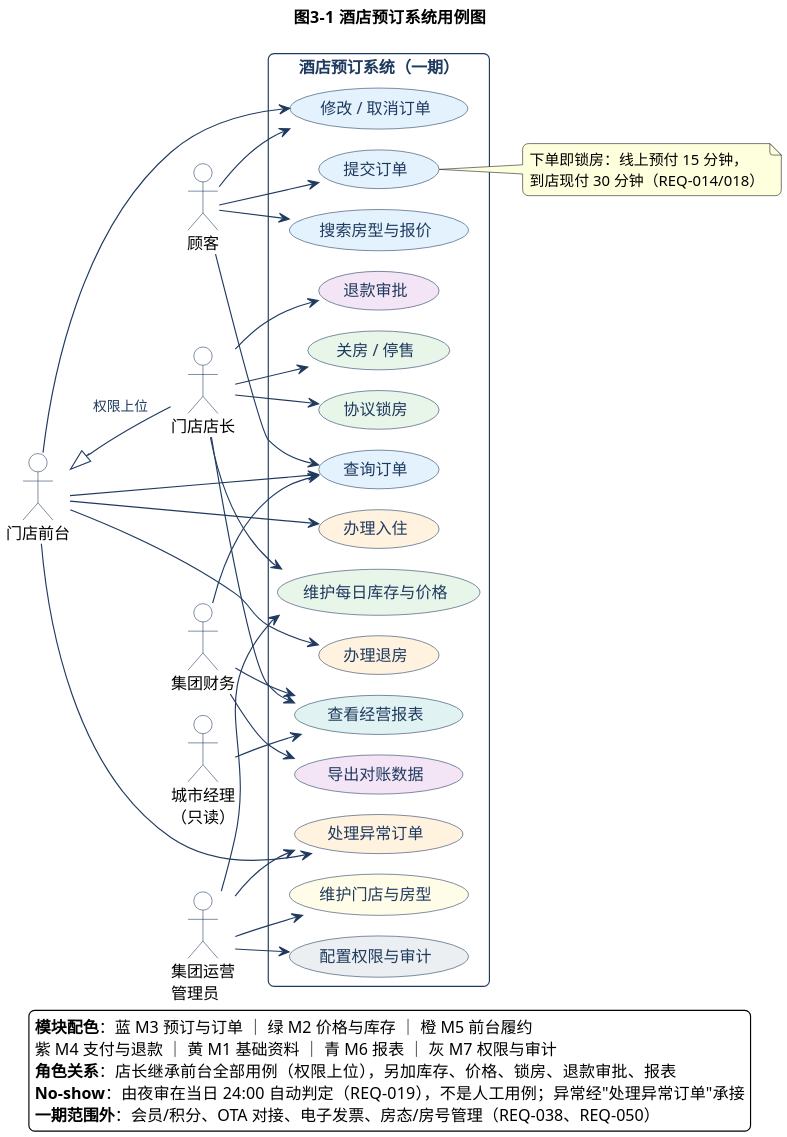
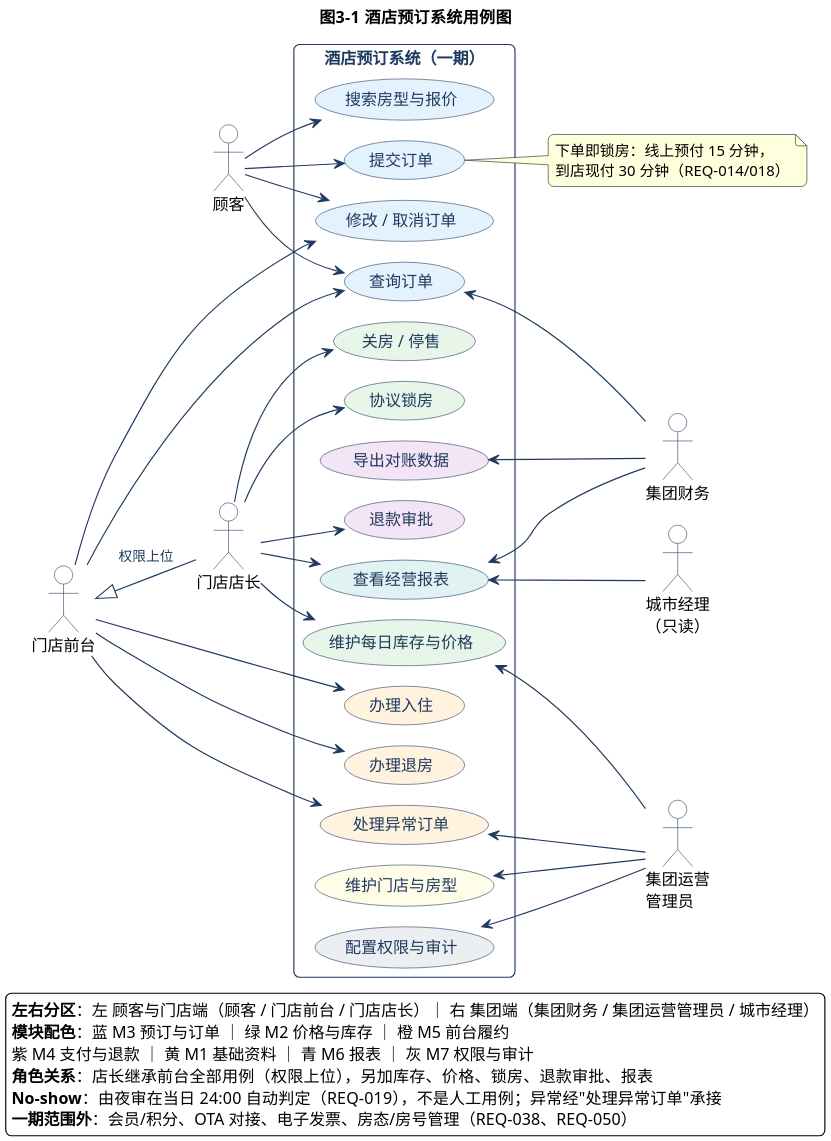
One commit to Ash-Klein/hotel-booking-system changed the diagram in lab2/UML/UML用例图.puml. Above: the diagram before and after it, drawn with PlantUML. The commit also changed 2 other files, not shown here.

Commit message:
fix(lab2): 用例图按门店端/集团端左右分区布局
- 左侧：顾客、门店前台、门店店长；右侧：集团财务、集团运营管理员、城市经理
- 右侧角色用反向关联(Usecase <-- Actor)控制 Smetana 布局，语义不变
- 图例增加左右分区说明，README 记录布局技巧

```diff
--- a/lab2/UML/UML用例图.puml
+++ b/lab2/UML/UML用例图.puml
@@ -1,92 +1,93 @@
 @startuml UML用例图
 !pragma layout smetana
 skinparam defaultFontName "Microsoft YaHei"
 skinparam dpi 200
 skinparam shadowing false
 skinparam backgroundColor #FFFFFF
 skinparam roundCorner 10
 skinparam ArrowColor #1F3A5F
 skinparam ArrowFontColor #1F3A5F
 skinparam ArrowFontSize 12
 skinparam usecaseBorderColor #1F3A5F
 skinparam usecaseFontColor #1F3A5F
 skinparam actorBorderColor #1F3A5F
 skinparam actorBackgroundColor #FFFFFF
 skinparam rectangleBorderColor #1F3A5F
 skinparam rectangleFontColor #1F3A5F
 left to right direction
 title 图3-1  酒店预订系统用例图
 
 actor "顾客" as Guest
 actor "门店前台" as Front
 actor "门店店长" as Manager
 actor "集团财务" as Finance
 actor "集团运营\n管理员" as Admin
 actor "城市经理\n（只读）" as City
 
 rectangle "酒店预订系统（一期）" {
   usecase "搜索房型与报价" as UC_Search #E3F2FD
   usecase "提交订单" as UC_Submit #E3F2FD
   usecase "修改 / 取消订单" as UC_Change #E3F2FD
   usecase "查询订单" as UC_Query #E3F2FD
 
   usecase "维护每日库存与价格" as UC_Inv #E8F5E9
   usecase "关房 / 停售" as UC_Close #E8F5E9
   usecase "协议锁房" as UC_Lock #E8F5E9
 
   usecase "办理入住" as UC_CheckIn #FFF3E0
   usecase "办理退房" as UC_CheckOut #FFF3E0
   usecase "处理异常订单" as UC_Exception #FFF3E0
 
   usecase "退款审批" as UC_Approve #F3E5F5
   usecase "导出对账数据" as UC_Recon #F3E5F5
 
   usecase "维护门店与房型" as UC_Base #FFFDE7
   usecase "查看经营报表" as UC_Report #E0F2F1
   usecase "配置权限与审计" as UC_RoleLog #ECEFF1
 }
 
 Guest --> UC_Search
 Guest --> UC_Submit
 Guest --> UC_Change
 Guest --> UC_Query
 
 Front --> UC_CheckIn
 Front --> UC_CheckOut
 Front --> UC_Change
 Front --> UC_Exception
 Front --> UC_Query
 
 Front <|-- Manager : 权限上位
 
 Manager --> UC_Inv
 Manager --> UC_Close
 Manager --> UC_Lock
 Manager --> UC_Approve
 Manager --> UC_Report
 
-Finance --> UC_Recon
-Finance --> UC_Report
-Finance --> UC_Query
+UC_Recon <-- Finance
+UC_Report <-- Finance
+UC_Query <-- Finance
 
-Admin --> UC_Base
-Admin --> UC_RoleLog
-Admin --> UC_Inv
-Admin --> UC_Exception
+UC_Base <-- Admin
+UC_RoleLog <-- Admin
+UC_Inv <-- Admin
+UC_Exception <-- Admin
 
-City --> UC_Report
+UC_Report <-- City
 
 note right of UC_Submit
   下单即锁房：线上预付 15 分钟，
   到店现付 30 分钟（REQ-014/018）
 end note
 
 legend bottom
+  <b>左右分区</b>：左 顾客与门店端（顾客 / 门店前台 / 门店店长）｜ 右 集团端（集团财务 / 集团运营管理员 / 城市经理）
   <b>模块配色</b>：蓝 M3 预订与订单 ｜ 绿 M2 价格与库存 ｜ 橙 M5 前台履约
   紫 M4 支付与退款 ｜ 黄 M1 基础资料 ｜ 青 M6 报表 ｜ 灰 M7 权限与审计
   <b>角色关系</b>：店长继承前台全部用例（权限上位），另加库存、价格、锁房、退款审批、报表
   <b>No-show</b>：由夜审在当日 24:00 自动判定（REQ-019），不是人工用例；异常经"处理异常订单"承接
   <b>一期范围外</b>：会员/积分、OTA 对接、电子发票、房态/房号管理（REQ-038、REQ-050）
 endlegend
 
 @enduml
```
